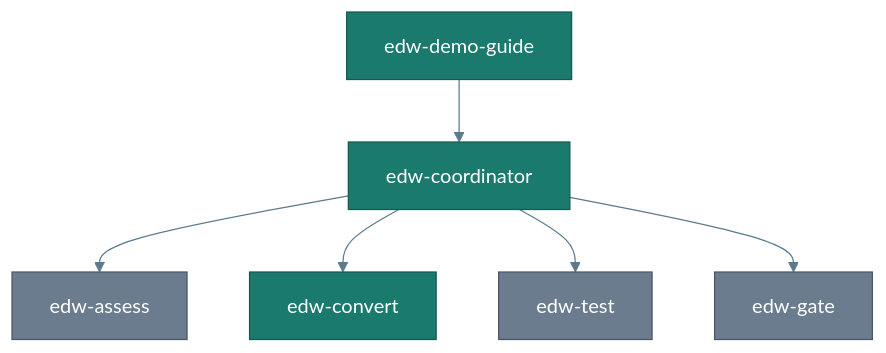
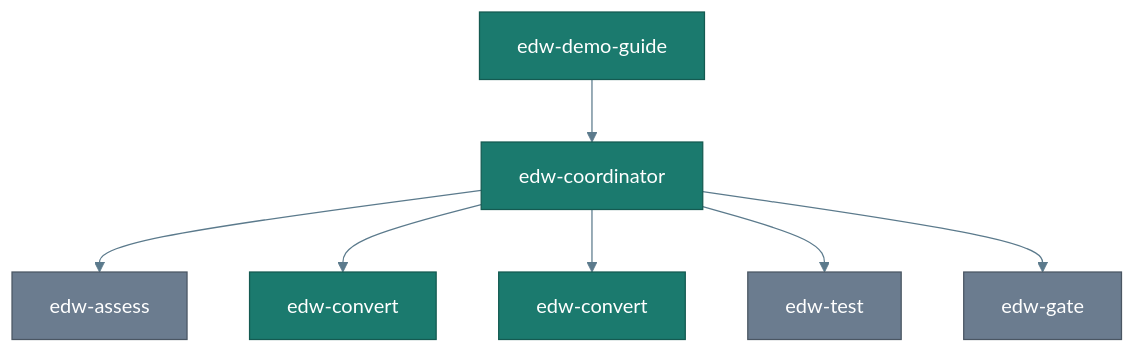
Before and after one commit to Jericho2010/edwmigration: the third of 4 diagrams in docs/what-you-get.md, drawn with Mermaid. The commit also changed other lines of this file and 56 other files, not shown here.

````diff
--- a/docs/what-you-get.md
+++ b/docs/what-you-get.md
@@ -84,15 +84,16 @@
 ```mermaid
 %%{init: {"theme":"base","themeVariables":{"primaryColor":"#E8F1F8","primaryTextColor":"#0B3D5C","primaryBorderColor":"#0B3D5C","lineColor":"#5B7A8C","secondaryColor":"#E6F4F1","tertiaryColor":"#F7F3EA","background":"#FFFFFF","mainBkg":"#E8F1F8","clusterBkg":"#F7FAFC","clusterBorder":"#5B7A8C","titleColor":"#0B3D5C","edgeLabelBackground":"#FFFFFF"}}}%%
 flowchart TB
   Guide[edw-demo-guide]
   Coord[edw-coordinator]
   Guide --> Coord
   Coord --> Assess[edw-assess]
-  Coord --> Convert[edw-convert]
+  Coord --> C1[edw-convert]
+  Coord --> C2[edw-convert]
   Coord --> Test[edw-test]
   Coord --> Gate[edw-gate]
   classDef agent fill:#1B7A6E,stroke:#145A51,color:#fff
   classDef readonly fill:#6B7C8F,stroke:#4A5663,color:#fff
-  class Guide,Coord,Convert agent
+  class Guide,Coord,C1,C2 agent
   class Assess,Test,Gate readonly
 ```
````
